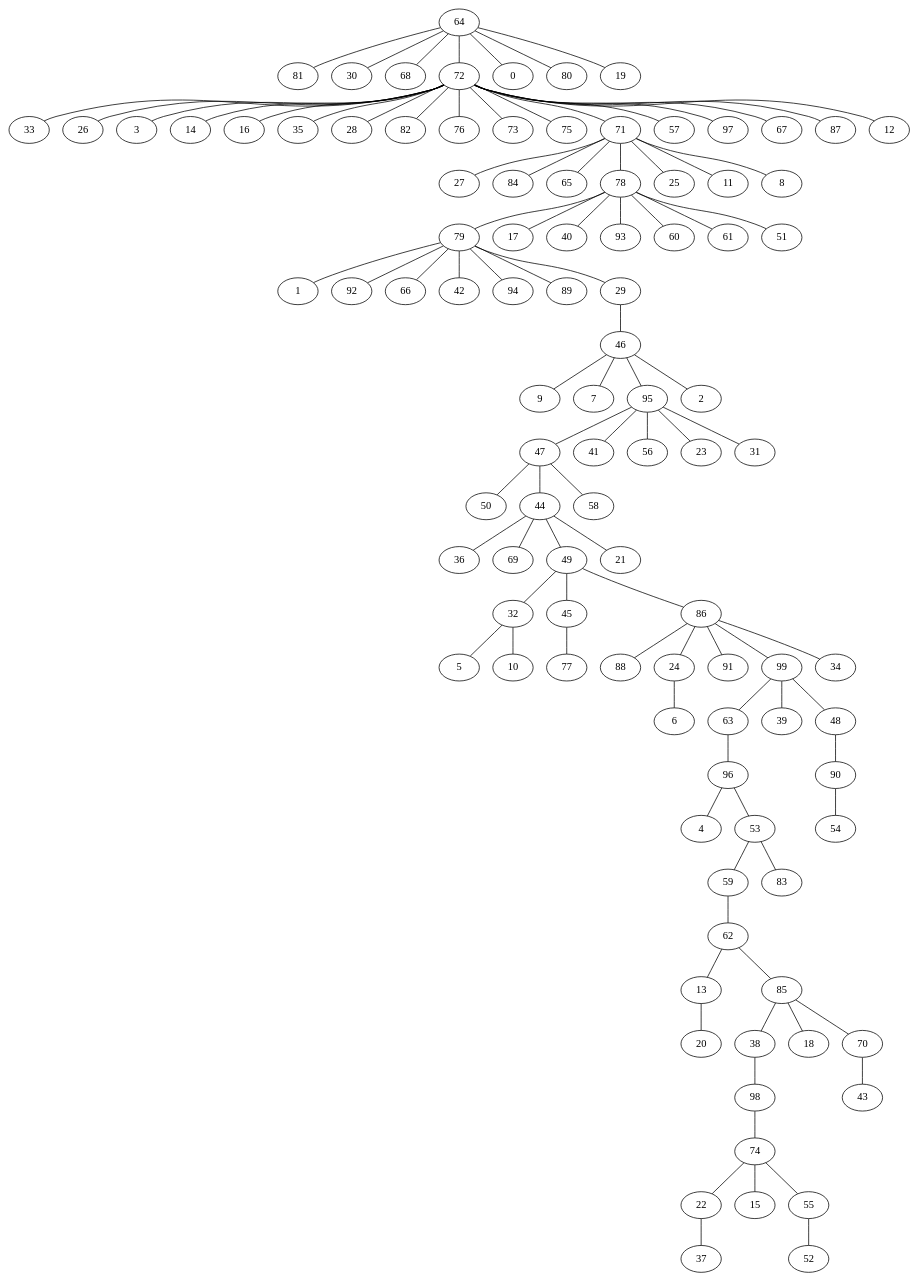
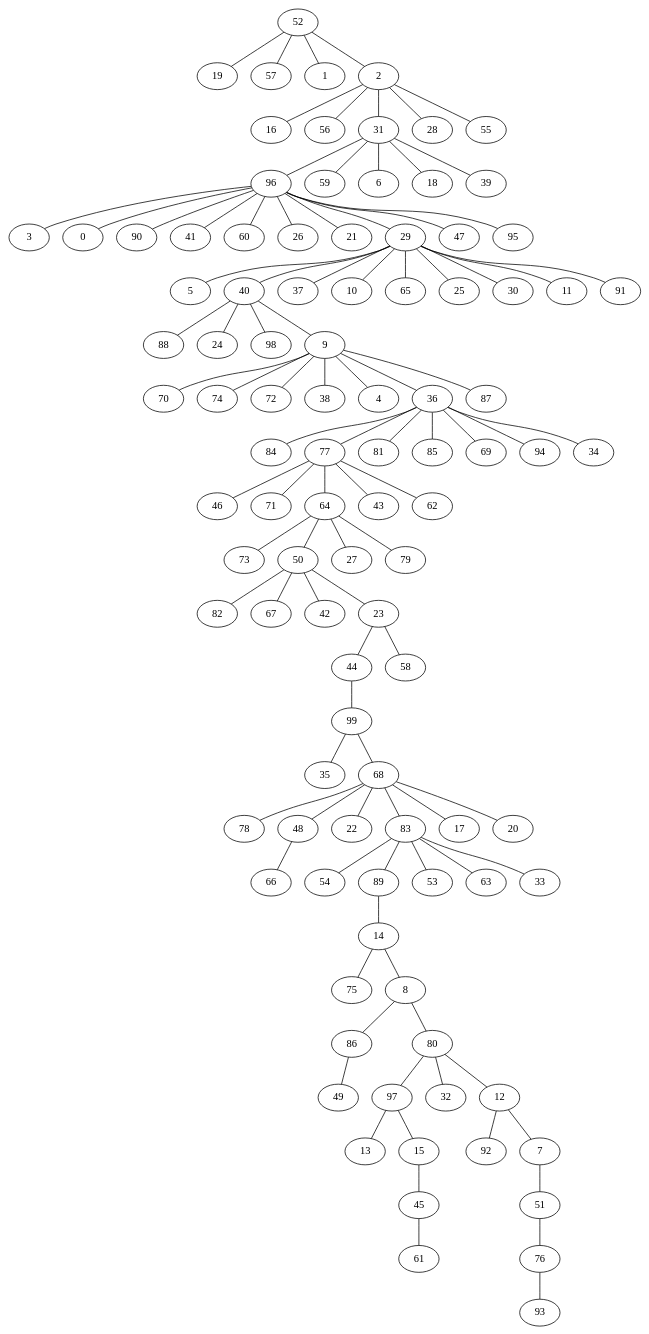
One commit to amorac4/DAA24 changed the diagram in Proyecto 2/ejemplos_grafos_buscados/grafo_Erdös-Rényi_100_dfs_i.gv. Above: the diagram before and after it, drawn with Graphviz. The commit also changed 75 other files, not shown here.

```diff
--- a/Proyecto 2/ejemplos_grafos_buscados/grafo_Erdös-Rényi_100_dfs_i.gv
+++ b/Proyecto 2/ejemplos_grafos_buscados/grafo_Erdös-Rényi_100_dfs_i.gv
@@ -1,201 +1,201 @@
 graph G {
+"86";
+"14";
+"70";
+"5";
+"92";
+"40";
+"3";
+"74";
+"13";
+"45";
+"49";
+"88";
+"78";
+"73";
+"52";
+"54";
+"89";
+"84";
+"44";
+"46";
+"77";
+"35";
+"82";
+"71";
+"0";
+"90";
+"48";
+"22";
+"16";
+"19";
+"51";
+"24";
+"98";
+"83";
+"80";
+"68";
+"97";
+"17";
+"67";
+"64";
+"41";
+"72";
+"61";
+"37";
+"81";
+"10";
+"56";
+"96";
+"53";
+"50";
+"76";
+"59";
+"6";
+"65";
+"75";
+"25";
+"60";
+"93";
+"85";
+"38";
+"26";
+"99";
+"21";
+"4";
+"29";
+"30";
+"31";
+"47";
+"42";
+"28";
+"18";
+"27";
+"11";
+"95";
+"39";
+"36";
+"15";
+"66";
+"57";
+"1";
+"69";
+"32";
+"20";
+"94";
+"34";
+"43";
+"63";
+"33";
 "79";
-"4";
-"5";
-"37";
-"88";
-"27";
-"1";
-"33";
-"52";
-"90";
+"7";
+"12";
 "62";
-"92";
+"87";
 "9";
-"13";
-"7";
-"84";
-"17";
-"66";
-"26";
-"81";
-"63";
-"6";
-"40";
-"93";
-"24";
-"3";
-"14";
-"16";
-"64";
-"42";
-"65";
-"35";
+"2";
 "91";
-"94";
-"36";
-"22";
-"50";
-"30";
-"28";
-"68";
-"47";
-"89";
-"59";
-"83";
-"46";
-"72";
-"39";
-"41";
-"74";
-"15";
-"98";
-"10";
-"78";
-"53";
-"82";
-"56";
-"95";
-"44";
-"25";
-"76";
-"38";
-"73";
-"48";
-"32";
-"75";
-"45";
-"69";
-"20";
-"0";
 "55";
-"60";
-"29";
-"43";
-"49";
-"77";
-"11";
-"18";
-"71";
-"80";
-"99";
-"85";
+"8";
+"23";
 "58";
-"23";
-"57";
-"61";
-"96";
-"86";
-"97";
-"67";
-"21";
-"19";
-"34";
-"2";
-"31";
-"8";
-"70";
-"54";
-"87";
-"51";
-"12";
-    "47" -- "58";
-    "78" -- "17";
-    "96" -- "4";
-    "72" -- "73";
-    "62" -- "13";
-    "78" -- "60";
-    "22" -- "37";
-    "72" -- "33";
-    "78" -- "51";
-    "49" -- "32";
-    "72" -- "67";
-    "70" -- "43";
-    "71" -- "8";
-    "13" -- "20";
-    "72" -- "87";
-    "46" -- "7";
-    "74" -- "22";
-    "62" -- "85";
-    "71" -- "65";
-    "95" -- "23";
-    "86" -- "88";
-    "49" -- "86";
-    "64" -- "30";
-    "64" -- "68";
-    "48" -- "90";
-    "46" -- "2";
-    "63" -- "96";
-    "32" -- "10";
-    "64" -- "80";
-    "78" -- "40";
-    "72" -- "57";
-    "47" -- "44";
-    "71" -- "11";
-    "78" -- "61";
-    "86" -- "91";
-    "53" -- "83";
-    "46" -- "95";
-    "99" -- "39";
-    "79" -- "66";
-    "86" -- "34";
-    "95" -- "41";
-    "79" -- "42";
-    "64" -- "0";
-    "79" -- "29";
-    "79" -- "89";
-    "71" -- "27";
-    "74" -- "55";
-    "45" -- "77";
-    "72" -- "16";
-    "44" -- "69";
-    "72" -- "35";
-    "96" -- "53";
-    "72" -- "97";
-    "47" -- "50";
-    "72" -- "14";
-    "71" -- "25";
-    "72" -- "75";
-    "24" -- "6";
-    "99" -- "48";
-    "99" -- "63";
-    "29" -- "46";
-    "95" -- "56";
-    "44" -- "49";
-    "79" -- "1";
-    "64" -- "72";
-    "46" -- "9";
-    "78" -- "79";
-    "44" -- "21";
-    "79" -- "94";
-    "49" -- "45";
-    "98" -- "74";
-    "71" -- "84";
-    "44" -- "36";
-    "85" -- "18";
-    "53" -- "59";
-    "72" -- "28";
-    "86" -- "24";
-    "85" -- "70";
-    "90" -- "54";
-    "32" -- "5";
-    "72" -- "82";
-    "71" -- "78";
-    "85" -- "38";
-    "79" -- "92";
-    "95" -- "47";
-    "78" -- "93";
-    "72" -- "76";
-    "95" -- "31";
-    "38" -- "98";
-    "86" -- "99";
-    "72" -- "26";
-    "74" -- "15";
-    "59" -- "62";
-    "64" -- "19";
-    "72" -- "3";
-    "72" -- "12";
-    "72" -- "71";
-    "64" -- "81";
-    "55" -- "52";
+    "80" -- "12";
+    "29" -- "37";
+    "77" -- "64";
+    "68" -- "20";
+    "12" -- "7";
+    "96" -- "95";
+    "96" -- "47";
+    "9" -- "4";
+    "29" -- "10";
+    "9" -- "72";
+    "36" -- "94";
+    "2" -- "28";
+    "96" -- "3";
+    "50" -- "42";
+    "36" -- "81";
+    "77" -- "46";
+    "96" -- "90";
+    "31" -- "59";
+    "64" -- "79";
+    "44" -- "99";
+    "77" -- "43";
+    "31" -- "6";
+    "40" -- "98";
+    "50" -- "23";
+    "31" -- "18";
+    "68" -- "17";
+    "45" -- "61";
+    "29" -- "25";
+    "83" -- "53";
+    "68" -- "22";
+    "83" -- "54";
+    "96" -- "21";
+    "2" -- "16";
+    "29" -- "11";
+    "29" -- "91";
+    "76" -- "93";
+    "52" -- "57";
+    "52" -- "2";
+    "96" -- "60";
+    "68" -- "48";
+    "36" -- "84";
+    "89" -- "14";
+    "64" -- "50";
+    "68" -- "78";
+    "99" -- "68";
+    "80" -- "97";
+    "9" -- "74";
+    "77" -- "62";
+    "12" -- "92";
+    "36" -- "77";
+    "40" -- "24";
+    "83" -- "63";
+    "36" -- "34";
+    "83" -- "33";
+    "96" -- "0";
+    "83" -- "89";
+    "68" -- "83";
+    "50" -- "82";
+    "8" -- "86";
+    "14" -- "75";
+    "52" -- "1";
+    "29" -- "40";
+    "64" -- "27";
+    "9" -- "38";
+    "86" -- "49";
+    "9" -- "70";
+    "2" -- "56";
+    "8" -- "80";
+    "29" -- "30";
+    "97" -- "13";
+    "9" -- "36";
+    "15" -- "45";
+    "96" -- "29";
+    "31" -- "39";
+    "2" -- "31";
+    "29" -- "65";
+    "51" -- "76";
+    "96" -- "26";
+    "64" -- "73";
+    "77" -- "71";
+    "14" -- "8";
+    "52" -- "19";
+    "80" -- "32";
+    "97" -- "15";
+    "48" -- "66";
+    "31" -- "96";
+    "36" -- "69";
+    "40" -- "9";
+    "23" -- "44";
+    "7" -- "51";
+    "50" -- "67";
+    "2" -- "55";
+    "36" -- "85";
+    "29" -- "5";
+    "99" -- "35";
+    "9" -- "87";
+    "96" -- "41";
+    "40" -- "88";
+    "23" -- "58";
 }
```
